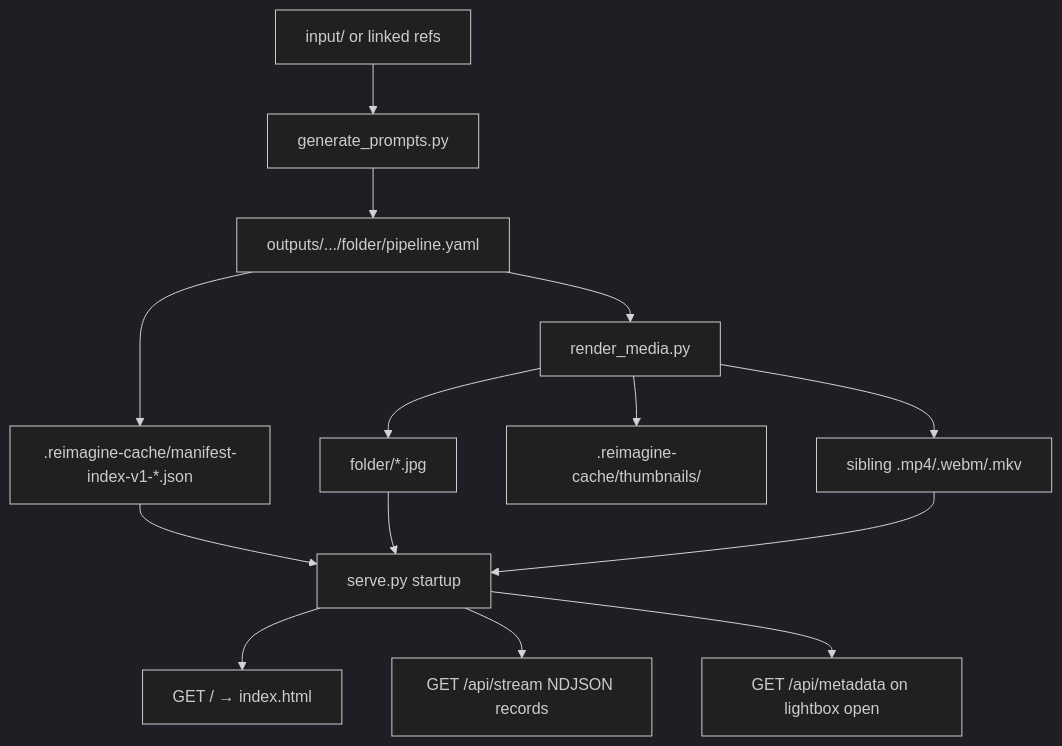
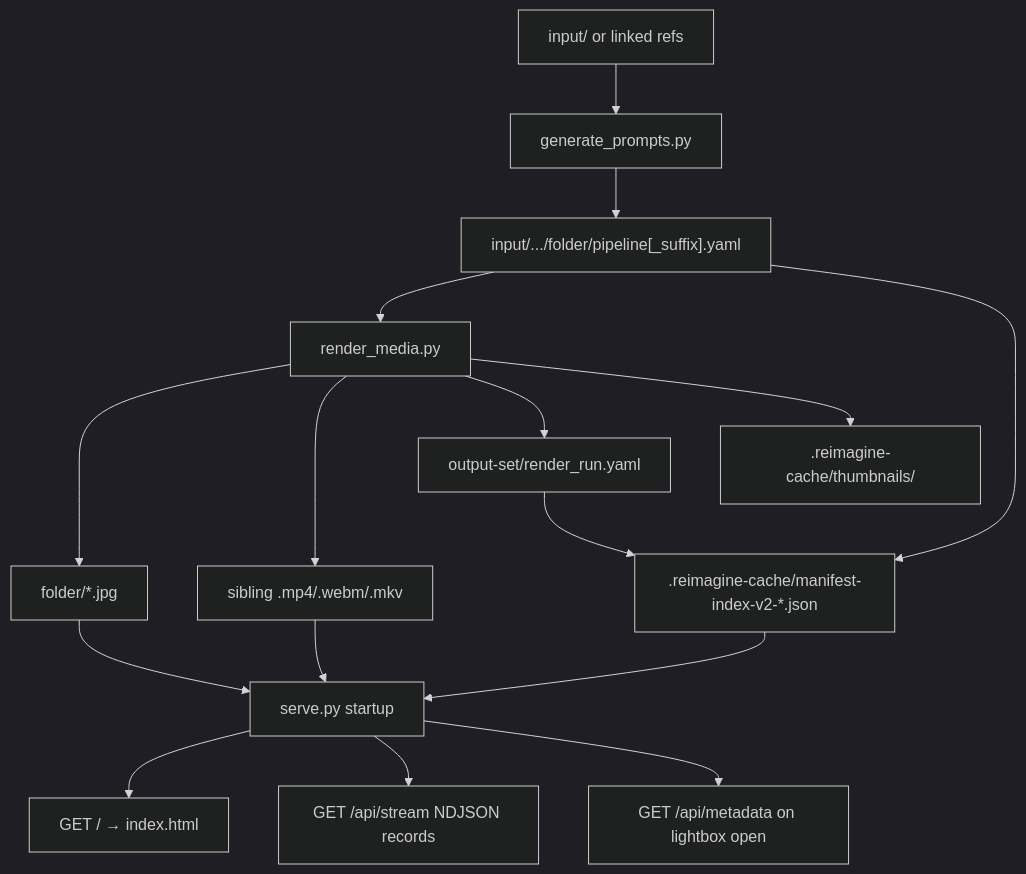
Before and after one commit to danhammo6/one-offs: the diagram in reimagine/docs/architecture.md, drawn with Mermaid (dark theme). The commit also changed other lines of this file and 18 other files, not shown here.

````diff
--- a/reimagine/docs/architecture.md
+++ b/reimagine/docs/architecture.md
@@ -17,16 +18,18 @@
 ```mermaid
 flowchart TD
   refs[input/ or linked refs] --> planner[generate_prompts.py]
-  planner --> yaml["outputs/.../folder/pipeline.yaml"]
+  planner --> yaml["input/.../folder/pipeline[_suffix].yaml"]
   yaml --> renderer[render_media.py]
   renderer --> stills[folder/*.jpg]
   renderer --> videos["sibling .mp4/.webm/.mkv"]
+  renderer --> run["output-set/render_run.yaml"]
   renderer --> thumbs[".reimagine-cache/thumbnails/"]
-  yaml --> index[".reimagine-cache/manifest-index-v1-*.json"]
+  run --> index
+  yaml --> index[".reimagine-cache/manifest-index-v2-*.json"]
   index --> serve[serve.py startup]
   stills --> serve
   videos --> serve
   serve --> page[GET / → index.html]
   serve --> stream["GET /api/stream NDJSON records"]
   serve --> meta["GET /api/metadata on lightbox open"]
 ```
````
